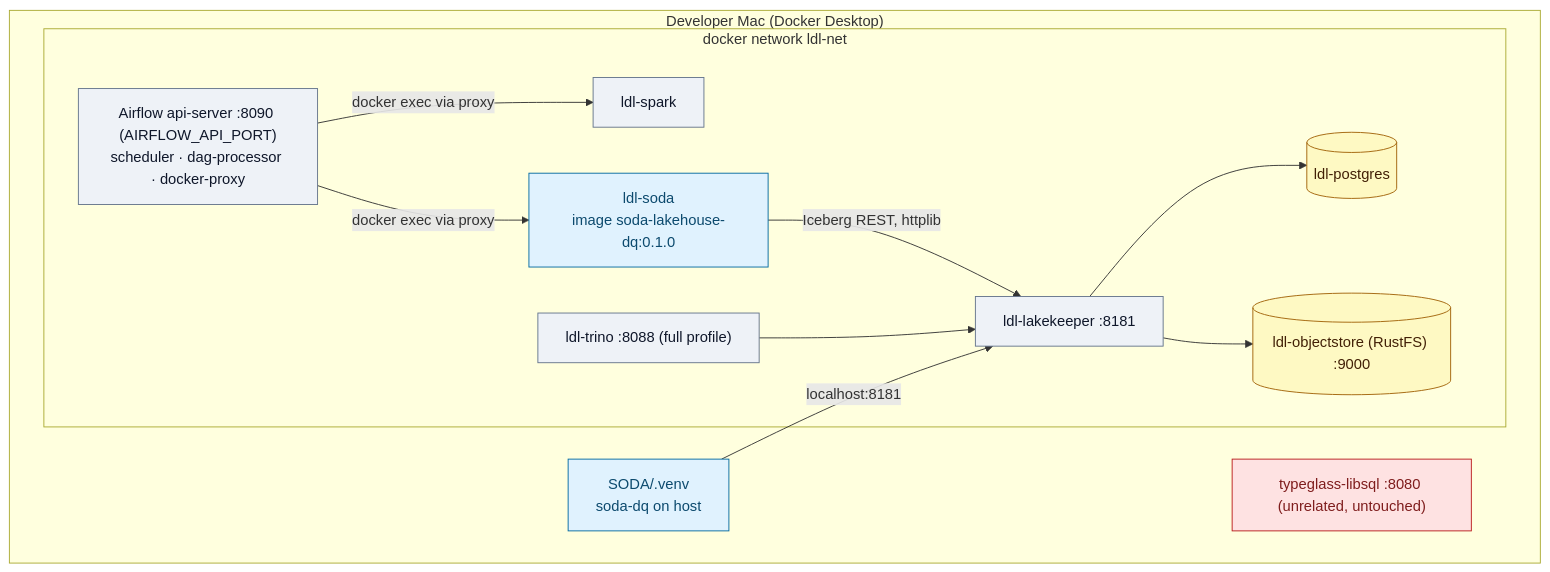
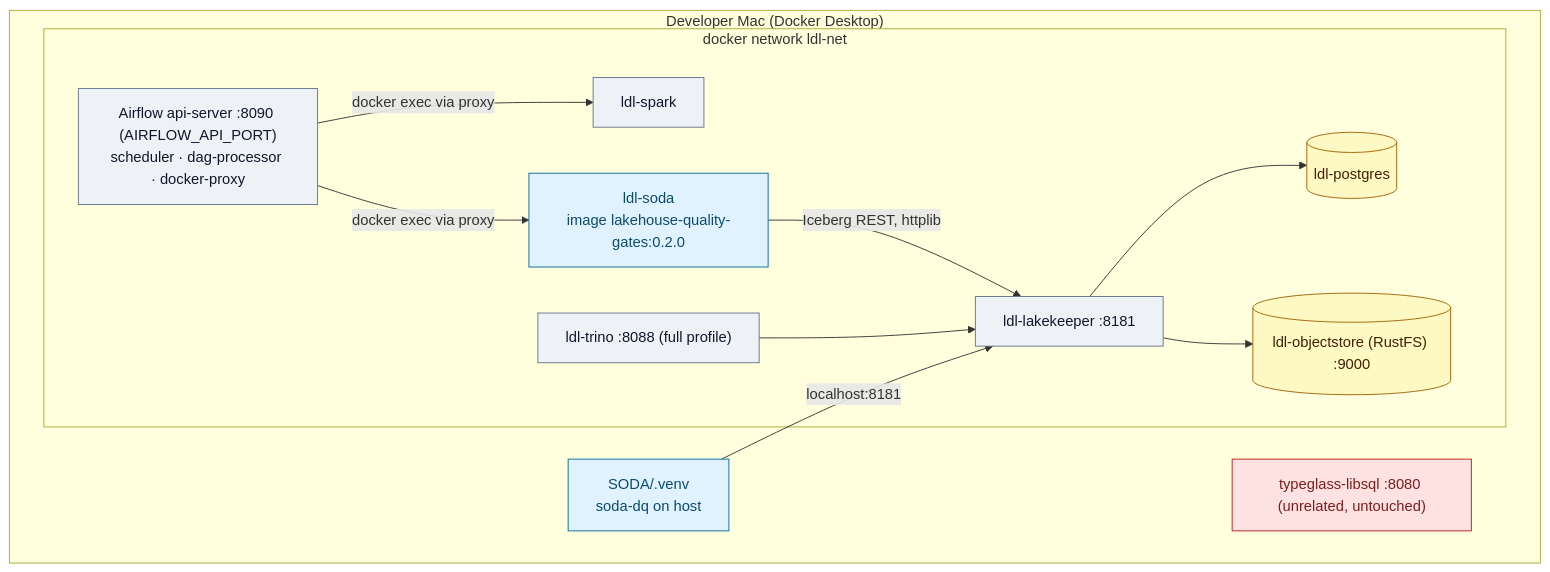
The diagram in docs/diagrams/06-deployment.mmd (santoshshinde2012/lakehouse-quality-gates), drawn with Mermaid before and after one commit. The commit also changed 7 other files, not shown here.

First line of the commit message:
chore: rename distribution and image to lakehouse-quality-gates, bump to 0.2.0

```diff
--- a/docs/diagrams/06-deployment.mmd
+++ b/docs/diagrams/06-deployment.mmd
@@ -1,26 +1,26 @@
 flowchart TB
   subgraph HOST["Developer Mac (Docker Desktop)"]
     subgraph NET["docker network ldl-net"]
       LK["ldl-lakekeeper :8181"]:::ext
       OS[("ldl-objectstore (RustFS) :9000")]:::store
       PG[("ldl-postgres")]:::store
       SP["ldl-spark"]:::ext
       TR["ldl-trino :8088 (full profile)"]:::ext
       AF["Airflow api-server :8090 (AIRFLOW_API_PORT)<br/>scheduler · dag-processor · docker-proxy"]:::ext
-      SO["ldl-soda<br/>image soda-lakehouse-dq:0.1.0"]:::dq
+      SO["ldl-soda<br/>image lakehouse-quality-gates:0.2.0"]:::dq
     end
     VENV["SODA/.venv<br/>soda-dq on host"]:::dq
     TG["typeglass-libsql :8080 (unrelated, untouched)"]:::fail
   end
   AF -- "docker exec via proxy" --> SP
   AF -- "docker exec via proxy" --> SO
   SO -- "Iceberg REST, httplib" --> LK
   VENV -- "localhost:8181" --> LK
   LK --> PG
   LK --> OS
   TR --> LK
   classDef ext fill:#eef2f7,stroke:#64748b,color:#0f172a
   classDef dq fill:#e0f2fe,stroke:#0369a1,color:#0c4a6e
   classDef store fill:#fef9c3,stroke:#a16207,color:#422006
   classDef gate fill:#dcfce7,stroke:#15803d,color:#14532d
   classDef fail fill:#fee2e2,stroke:#b91c1c,color:#7f1d1d
```
